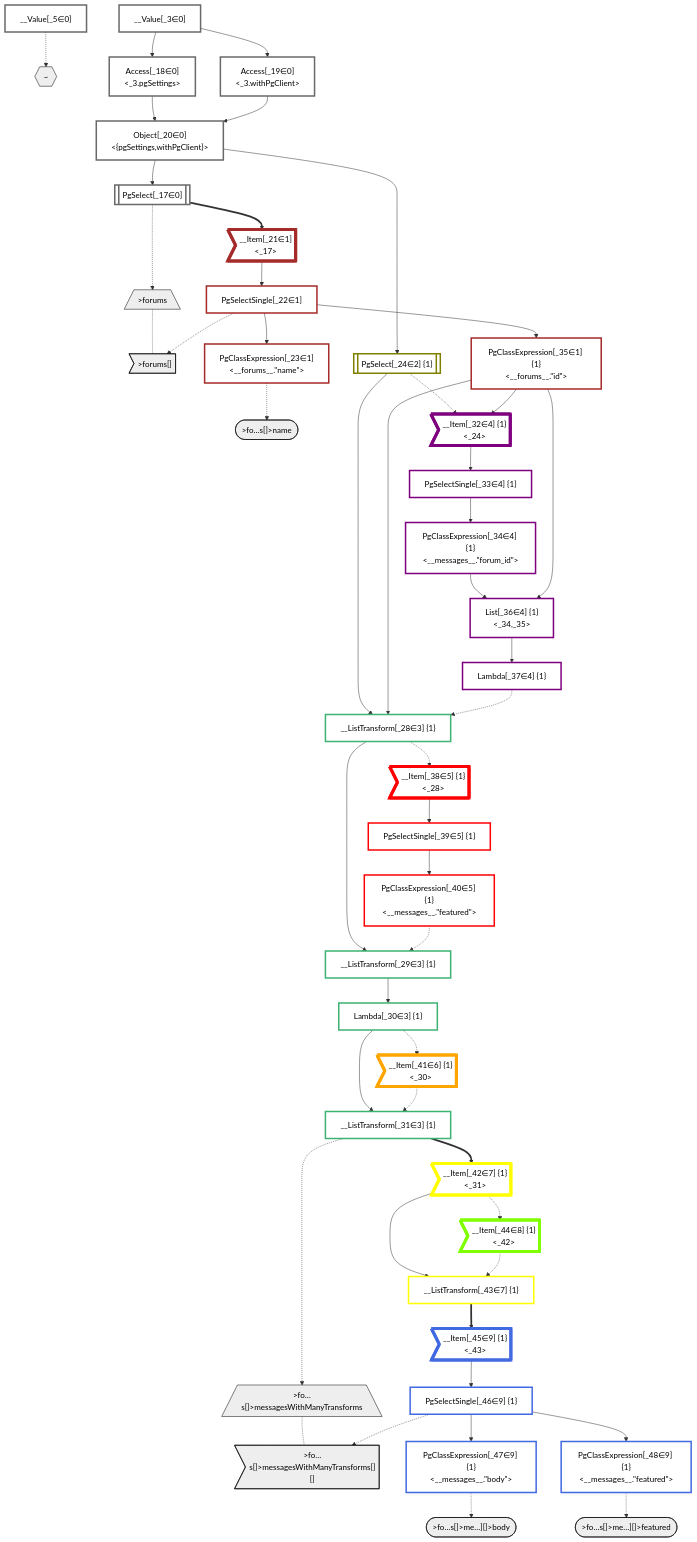
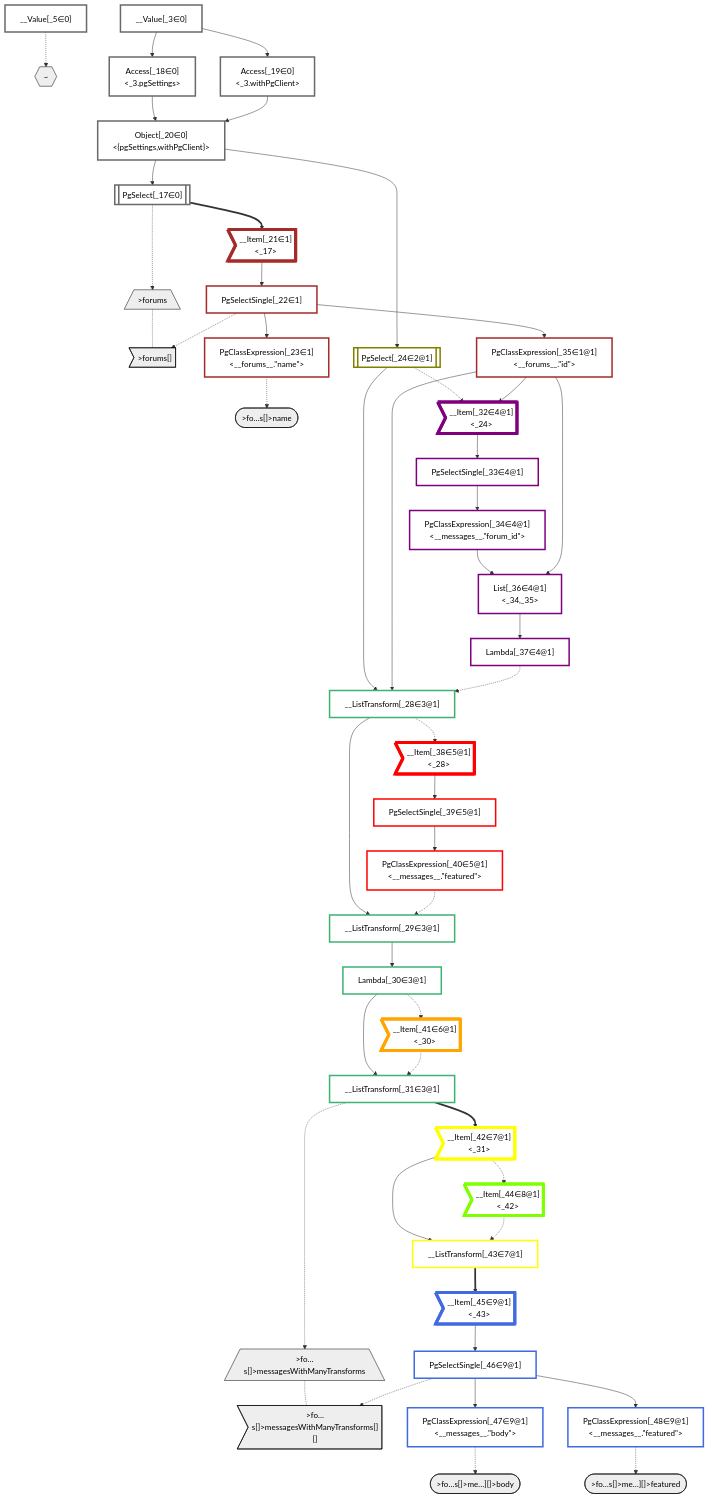
One commit to graphile/crystal changed the diagram in packages/dataplan-pg/__tests__/queries/functions/computed-column-forums-messages-with-many-transforms.defer.mermaid.md. Above: the diagram before and after it, drawn with Mermaid. The commit also changed 41 other files, not shown here.

Commit message:
New mermaid output with primary group IDs

```diff
--- a/packages/dataplan-pg/__tests__/queries/functions/computed-column-forums-messages-with-many-transforms.defer.mermaid.md
+++ b/packages/dataplan-pg/__tests__/queries/functions/computed-column-forums-messages-with-many-transforms.defer.mermaid.md
@@ -33,28 +33,28 @@
     __Item_21>"__Item[_21∈1]<br /><_17>"]:::itemplan
     PgSelectSingle_22["PgSelectSingle[_22∈1]<br /><forums>"]:::plan
     PgClassExpression_23["PgClassExpression[_23∈1]<br /><__forums__.#quot;name#quot;>"]:::plan
-    PgSelect_24[["PgSelect[_24∈2] {1}<br /><messages>"]]:::plan
-    __ListTransform_28["__ListTransform[_28∈3] {1}<br /><filter:_24>"]:::plan
-    __ListTransform_29["__ListTransform[_29∈3] {1}<br /><groupBy:_28>"]:::plan
-    Lambda_30["Lambda[_30∈3] {1}"]:::plan
-    __ListTransform_31["__ListTransform[_31∈3] {1}<br /><each:_30>"]:::plan
-    __Item_32>"__Item[_32∈4] {1}<br /><_24>"]:::itemplan
-    PgSelectSingle_33["PgSelectSingle[_33∈4] {1}<br /><messages>"]:::plan
-    PgClassExpression_34["PgClassExpression[_34∈4] {1}<br /><__messages__.#quot;forum_id#quot;>"]:::plan
-    PgClassExpression_35["PgClassExpression[_35∈1] {1}<br /><__forums__.#quot;id#quot;>"]:::plan
-    List_36["List[_36∈4] {1}<br /><_34,_35>"]:::plan
-    Lambda_37["Lambda[_37∈4] {1}"]:::plan
-    __Item_38>"__Item[_38∈5] {1}<br /><_28>"]:::itemplan
-    PgSelectSingle_39["PgSelectSingle[_39∈5] {1}<br /><messages>"]:::plan
-    PgClassExpression_40["PgClassExpression[_40∈5] {1}<br /><__messages__.#quot;featured#quot;>"]:::plan
-    __Item_41>"__Item[_41∈6] {1}<br /><_30>"]:::itemplan
-    __Item_42>"__Item[_42∈7] {1}<br /><_31>"]:::itemplan
-    __ListTransform_43["__ListTransform[_43∈7] {1}<br /><each:_42>"]:::plan
-    __Item_44>"__Item[_44∈8] {1}<br /><_42>"]:::itemplan
-    __Item_45>"__Item[_45∈9] {1}<br /><_43>"]:::itemplan
-    PgSelectSingle_46["PgSelectSingle[_46∈9] {1}<br /><messages>"]:::plan
-    PgClassExpression_47["PgClassExpression[_47∈9] {1}<br /><__messages__.#quot;body#quot;>"]:::plan
-    PgClassExpression_48["PgClassExpression[_48∈9] {1}<br /><__messages__.#quot;featured#quot;>"]:::plan
+    PgSelect_24[["PgSelect[_24∈2@1]<br /><messages>"]]:::plan
+    __ListTransform_28["__ListTransform[_28∈3@1]<br /><filter:_24>"]:::plan
+    __ListTransform_29["__ListTransform[_29∈3@1]<br /><groupBy:_28>"]:::plan
+    Lambda_30["Lambda[_30∈3@1]"]:::plan
+    __ListTransform_31["__ListTransform[_31∈3@1]<br /><each:_30>"]:::plan
+    __Item_32>"__Item[_32∈4@1]<br /><_24>"]:::itemplan
+    PgSelectSingle_33["PgSelectSingle[_33∈4@1]<br /><messages>"]:::plan
+    PgClassExpression_34["PgClassExpression[_34∈4@1]<br /><__messages__.#quot;forum_id#quot;>"]:::plan
+    PgClassExpression_35["PgClassExpression[_35∈1@1]<br /><__forums__.#quot;id#quot;>"]:::plan
+    List_36["List[_36∈4@1]<br /><_34,_35>"]:::plan
+    Lambda_37["Lambda[_37∈4@1]"]:::plan
+    __Item_38>"__Item[_38∈5@1]<br /><_28>"]:::itemplan
+    PgSelectSingle_39["PgSelectSingle[_39∈5@1]<br /><messages>"]:::plan
+    PgClassExpression_40["PgClassExpression[_40∈5@1]<br /><__messages__.#quot;featured#quot;>"]:::plan
+    __Item_41>"__Item[_41∈6@1]<br /><_30>"]:::itemplan
+    __Item_42>"__Item[_42∈7@1]<br /><_31>"]:::itemplan
+    __ListTransform_43["__ListTransform[_43∈7@1]<br /><each:_42>"]:::plan
+    __Item_44>"__Item[_44∈8@1]<br /><_42>"]:::itemplan
+    __Item_45>"__Item[_45∈9@1]<br /><_43>"]:::itemplan
+    PgSelectSingle_46["PgSelectSingle[_46∈9@1]<br /><messages>"]:::plan
+    PgClassExpression_47["PgClassExpression[_47∈9@1]<br /><__messages__.#quot;body#quot;>"]:::plan
+    PgClassExpression_48["PgClassExpression[_48∈9@1]<br /><__messages__.#quot;featured#quot;>"]:::plan
 
     %% plan dependencies
     Object_20 --> PgSelect_17
```
